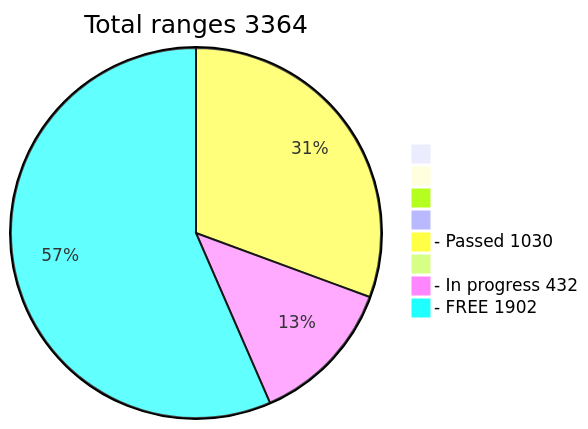
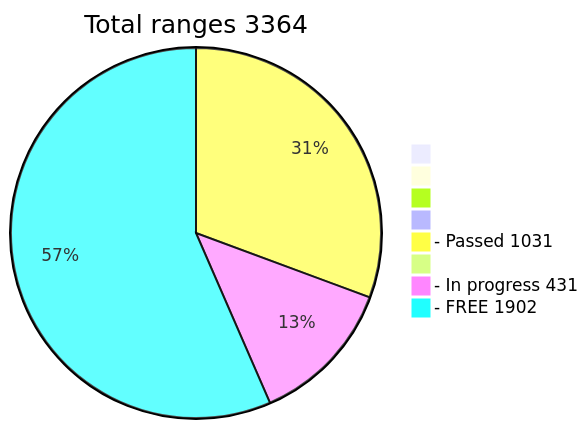
One commit to phrutis/wif500 changed the diagram in README.md. Above: the diagram before and after it, drawn with Mermaid.

````diff
--- a/README.md
+++ b/README.md
@@ -16,12 +16,12 @@
 ```mermaid
 pie title Total ranges 3364
              " " : 0
             "  " : 0
            "   " : 0
           "    " : 0
-  "- Passed 1030" : 1030
+  "- Passed 1031" : 1031
          "     " : 0
-  "- In progress 432" : 432
+  "- In progress 431" : 431
    "- FREE 1902" : 1902
    
 ```
````
